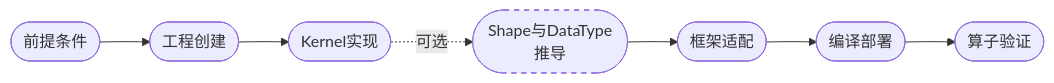
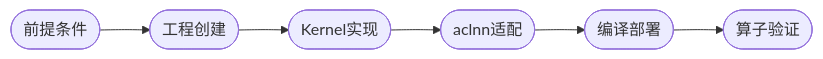
Before and after one commit to hicann/ops-math: the first of 3 diagrams in docs/context/aicpu_develop_guide.md, drawn with Mermaid. The commit also changed other lines of this file and 103 other files, not shown here.

````diff
--- a/docs/context/aicpu_develop_guide.md
+++ b/docs/context/aicpu_develop_guide.md
@@ -8,10 +8,8 @@
 ```mermaid
 graph LR
 	A([前提条件]) --> W([工程创建])
     W --> C([Kernel实现])
-    C -.->|可选|D([Shape与DataType <br> 推导])
-    D --> E([框架适配])
+    C --> E([aclnn适配])
     E --> F([编译部署])
     F --> G([算子验证])
-    style D stroke-dasharray:5 5
 ```
````
